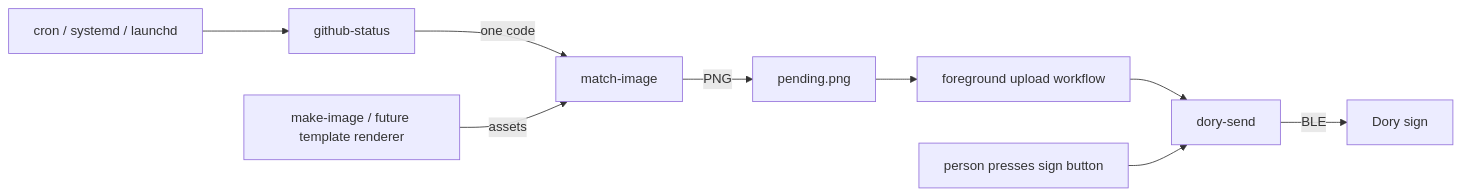
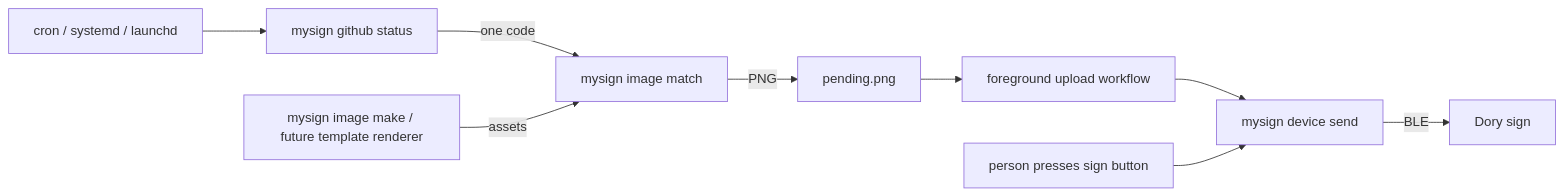
Before and after one commit to greg-mitchell/pwn-my-sign: the diagram in docs/architecture.md, drawn with Mermaid. The commit also changed other lines of this file and 11 other files, not shown here.

````diff
--- a/docs/architecture.md
+++ b/docs/architecture.md
@@ -9,11 +9,11 @@
 ```mermaid
 flowchart LR
-    scheduler[cron / systemd / launchd] --> fetch[github-status]
-    fetch -->|one code| select[match-image]
+    scheduler[cron / systemd / launchd] --> fetch[mysign github status]
+    fetch -->|one code| select[mysign image match]
     select -->|PNG| pending[pending.png]
-    build[make-image / future template renderer] -->|assets| select
+    build[mysign image make / future template renderer] -->|assets| select
     pending --> upload[foreground upload workflow]
-    upload --> sender[dory-send]
+    upload --> sender[mysign device send]
     button[person presses sign button] --> sender
     sender -->|BLE| sign[Dory sign]
 ```
````
